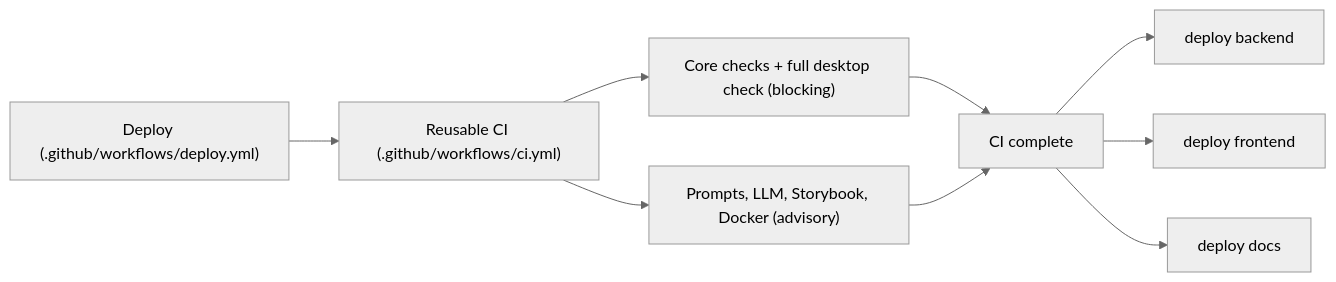
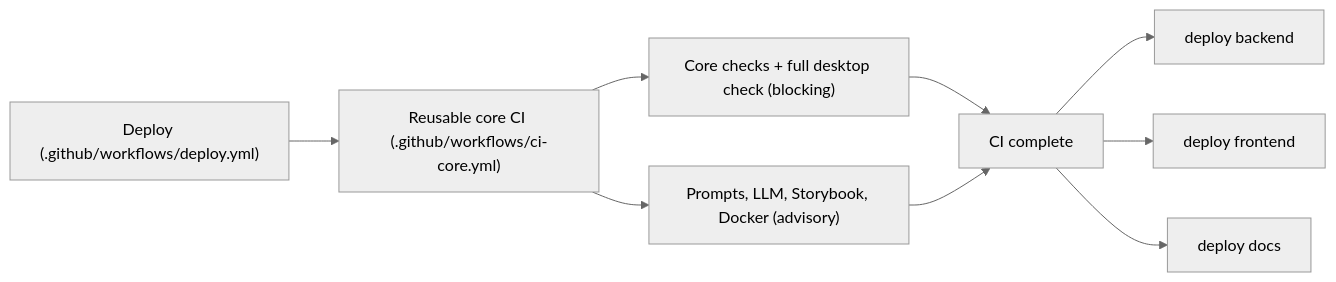
The fourth of 4 diagrams in README.md (Chronote-gg/Chronote), drawn with Mermaid (neutral theme) before and after one commit. The commit also changed other lines of this file and 4 other files, not shown here.

Commit message:
Fix reusable CI deploy permissions (#349)

````diff
--- a/README.md
+++ b/README.md
@@ -123,11 +125,11 @@
 ```mermaid
 flowchart LR
-  A["Deploy (.github/workflows/deploy.yml)"] --> B["Reusable CI (.github/workflows/ci.yml)"]
+  A["Deploy (.github/workflows/deploy.yml)"] --> B["Reusable core CI (.github/workflows/ci-core.yml)"]
   B --> C["Core checks + full desktop check (blocking)"]
   B --> D["Prompts, LLM, Storybook, Docker (advisory)"]
   C --> Z["CI complete"]
   D --> Z
   Z --> L["deploy backend"]
   Z --> J["deploy frontend"]
   Z --> K["deploy docs"]
 ```
````
